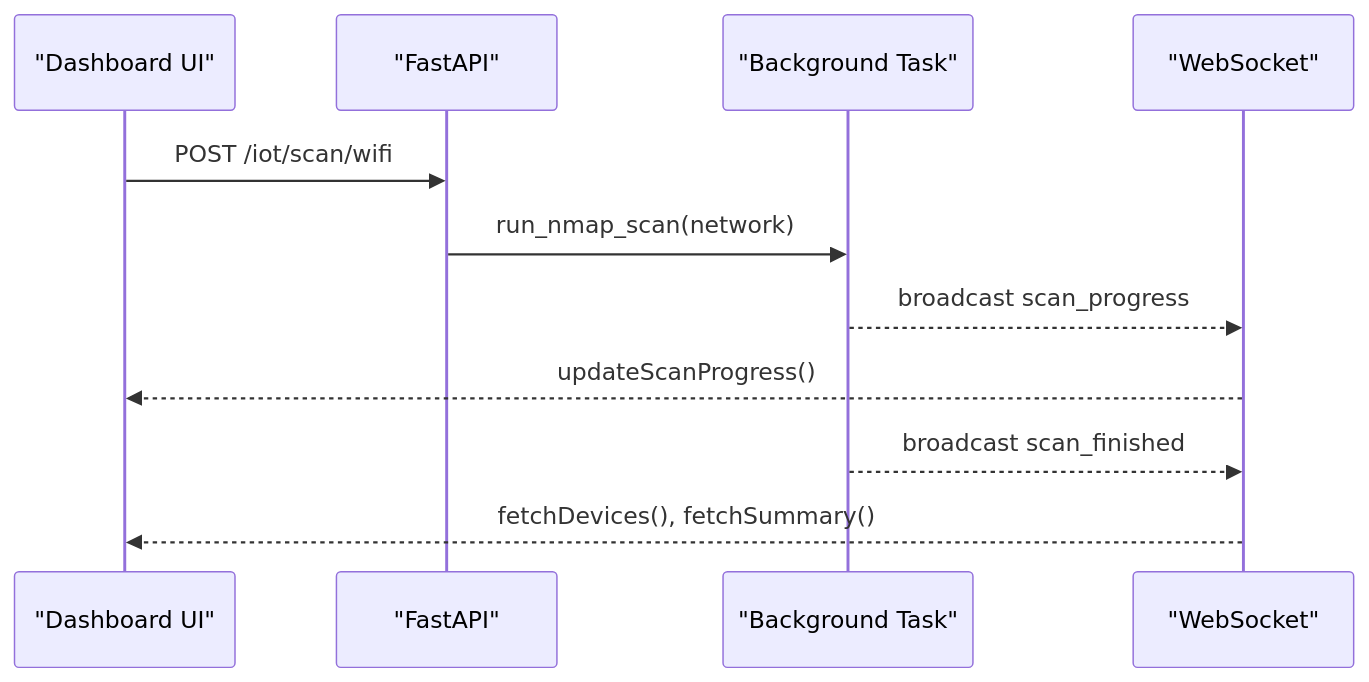
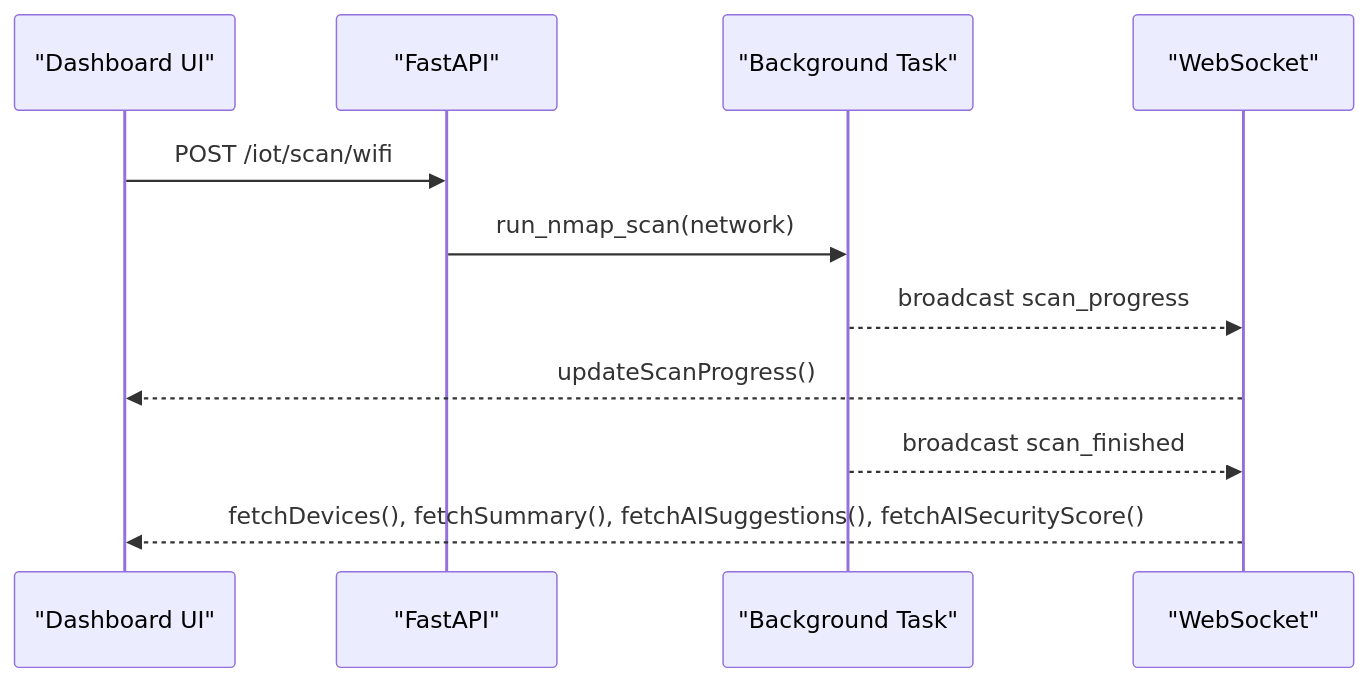
Before and after one commit to MohandWaleed3/PentexOne: the seventh of 11 diagrams in .qoder/repowiki/en/content/Frontend Dashboard.md, drawn with Mermaid. The commit also changed other lines of this file and 16 other files, not shown here.

````diff
--- a/.qoder/repowiki/en/content/Frontend Dashboard.md
+++ b/.qoder/repowiki/en/content/Frontend Dashboard.md
@@ -239,13 +270,13 @@
 ```mermaid
 sequenceDiagram
 participant UI as "Dashboard UI"
 participant API as "FastAPI"
 participant BG as "Background Task"
 participant WS as "WebSocket"
 UI->>API : POST /iot/scan/wifi
 API->>BG : run_nmap_scan(network)
 BG-->>WS : broadcast scan_progress
 WS-->>UI : updateScanProgress()
 BG-->>WS : broadcast scan_finished
-WS-->>UI : fetchDevices(), fetchSummary()
+WS-->>UI : fetchDevices(), fetchSummary(), fetchAISuggestions(), fetchAISecurityScore()
 ```
````
